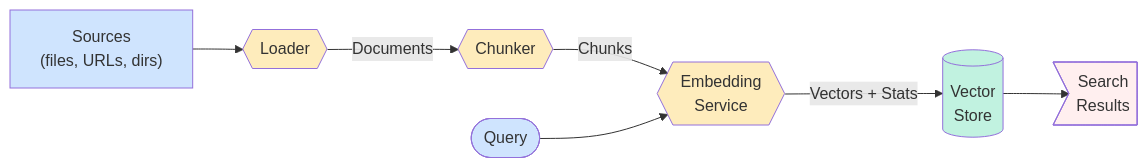
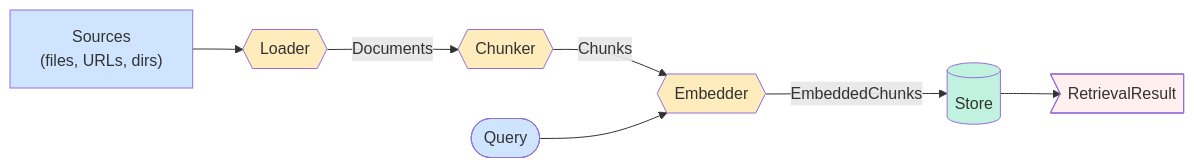
One commit to RailtownAI/railtracks changed the first of 2 diagrams in docs/rag/components/design.md. Above: the diagram before and after it, drawn with Mermaid. The commit also changed other lines of this file and 96 other files, not shown here.

Commit message:
Add RetrievalRuntime. Remove obsolete unit tests for ChromaVectorStore, filter, and vector store base classes.

````diff
--- a/docs/rag/components/design.md
+++ b/docs/rag/components/design.md
@@ -6,29 +10,27 @@
 ```mermaid
 flowchart LR
-    Sources["Sources\n(files, URLs, dirs)"]
+    Sources["Sources<br/>(files, URLs, dirs)"]
     Loader{{"Loader"}}
     Chunker{{"Chunker"}}
-    Embedder{{"Embedding\nService"}}
-    Store[("Vector\nStore")]
+    Embedder{{"Embedder"}}
+    Store[("Store")]
     Query(["Query"])
-    Results>"Search\nResults"]
+    Results>"RetrievalResult"]
 
     Sources --> Loader
     Loader --> |Documents| Chunker
     Chunker --> |Chunks| Embedder
-    Embedder --> |Vectors + Stats| Store
+    Embedder --> |EmbeddedChunks| Store
     Query --> Embedder
     Store --> Results
 
-    %% === COLOR THEMING ===
     classDef source fill:#60A5FA,fill-opacity:0.3
     classDef process fill:#FBBF24,fill-opacity:0.3
     classDef store fill:#34D399,fill-opacity:0.3
-    classDef artifact fill:#BFDBFE,fill-opacity:0.3
     classDef output fill:#FECACA,fill-opacity:0.3
 
     class Sources,Query source;
     class Loader,Chunker,Embedder process;
     class Store store;
     class Results output;
 ```
````
